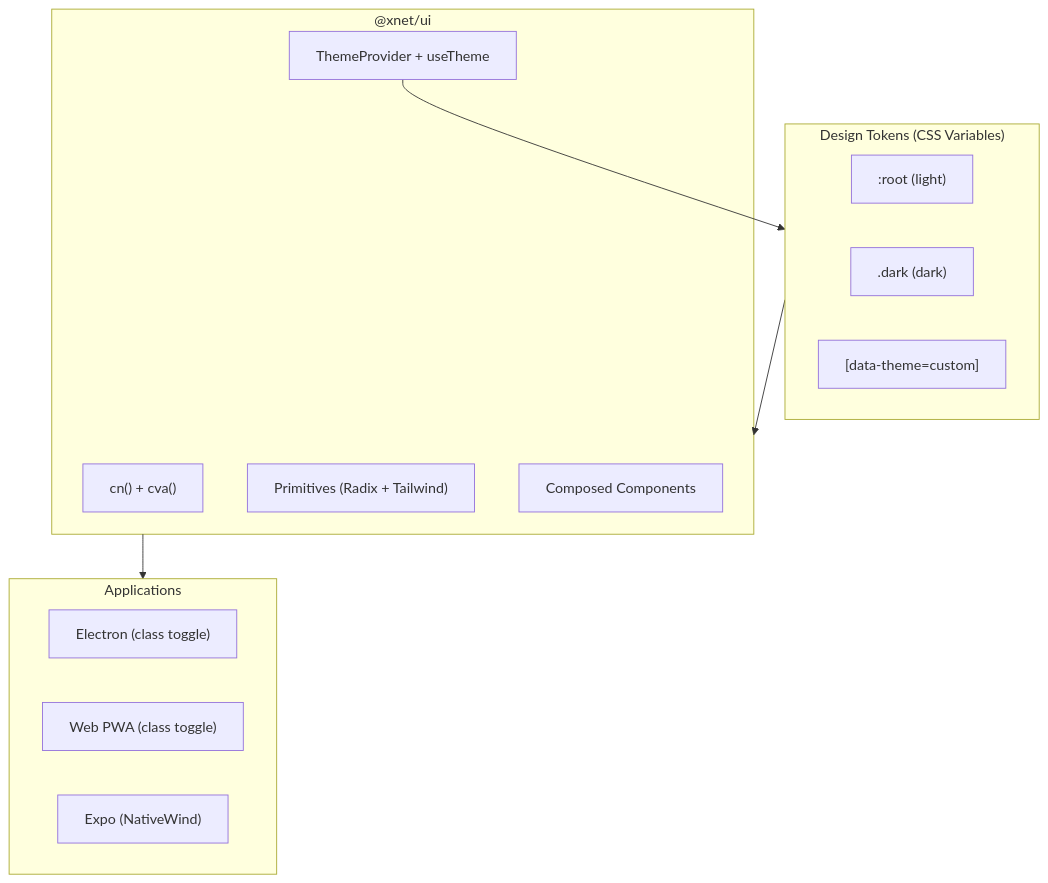
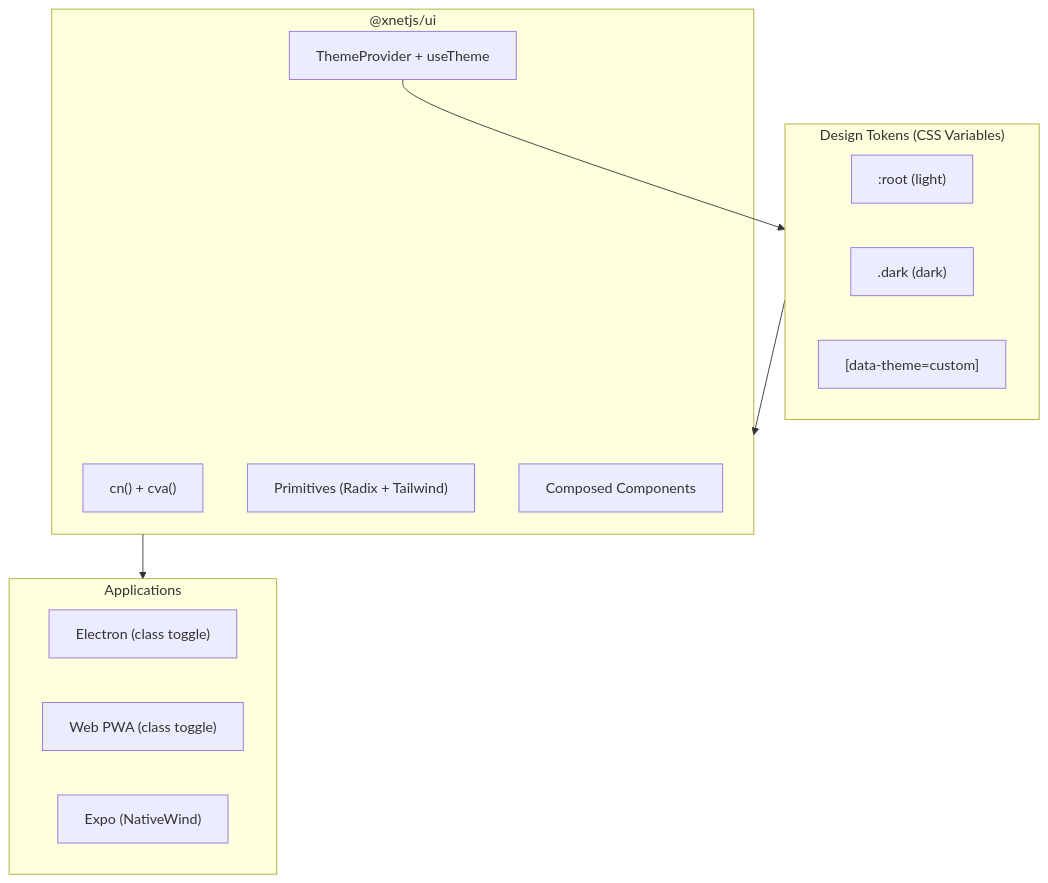
One commit to crs48/xNet changed the diagram in docs/plans/plan03_1_1ShadcnStyle/README.md. Above: the diagram before and after it, drawn with Mermaid. The commit also changed other lines of this file and 980 other files, not shown here.

````diff
--- a/docs/plans/plan03_1_1ShadcnStyle/README.md
+++ b/docs/plans/plan03_1_1ShadcnStyle/README.md
@@ -33,25 +33,25 @@
 ```mermaid
 flowchart TB
     subgraph Tokens["Design Tokens (CSS Variables)"]
         Root[":root (light)"]
         Dark[".dark (dark)"]
         Custom["[data-theme=custom]"]
     end
 
-    subgraph UI["@xnet/ui"]
+    subgraph UI["@xnetjs/ui"]
         Utils["cn() + cva()"]
         Primitives["Primitives (Radix + Tailwind)"]
         Composed["Composed Components"]
         Theme["ThemeProvider + useTheme"]
     end
 
     subgraph Apps["Applications"]
         Electron["Electron (class toggle)"]
         Web["Web PWA (class toggle)"]
         Expo["Expo (NativeWind)"]
     end
 
     Tokens --> UI
     UI --> Apps
     Theme --> Tokens
 ```
````
